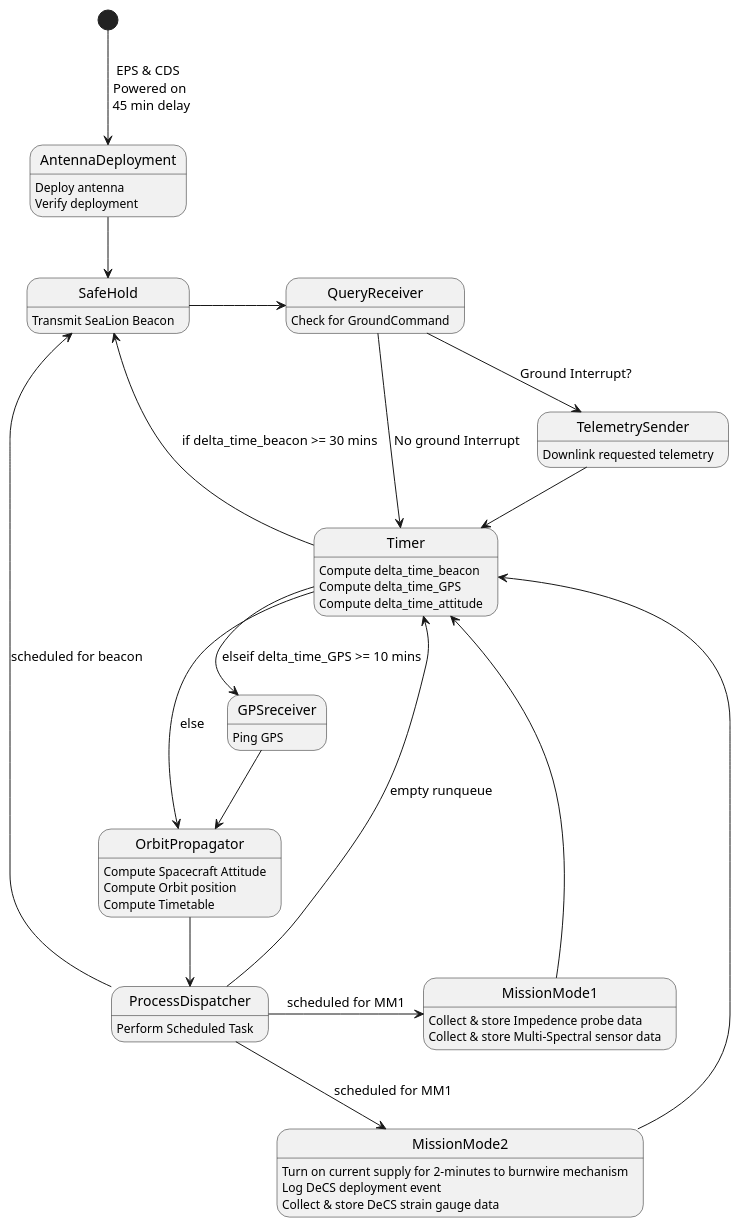
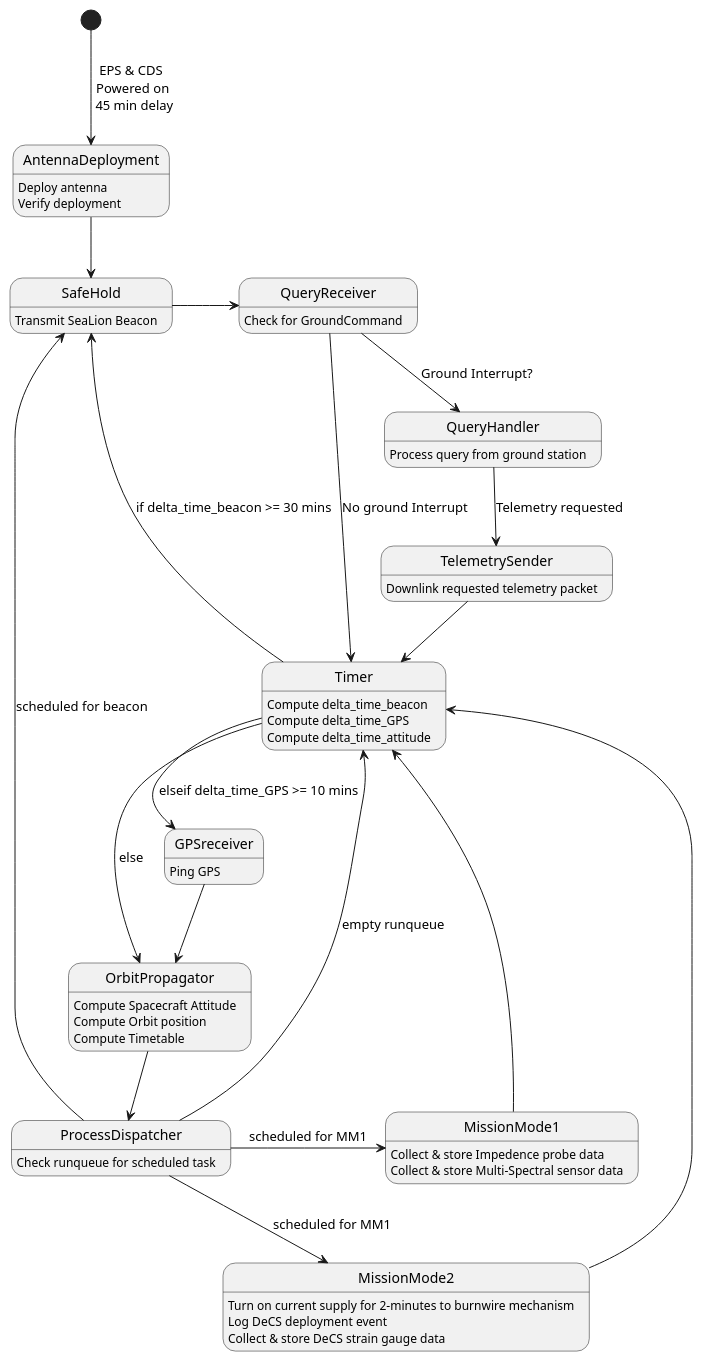
One commit to ODU-CGA-CubeSat/FSW changed the diagram in fsw-architecture/operating-mode-as-fsm.puml. Above: the diagram before and after it, drawn with PlantUML.

Commit message:
add state for QueryHandler

```diff
--- a/fsw-architecture/operating-mode-as-fsm.puml
+++ b/fsw-architecture/operating-mode-as-fsm.puml
@@ -1,49 +1,52 @@
 @startuml
 
 state AntennaDeployment
       AntennaDeployment : Deploy antenna
       AntennaDeployment : Verify deployment
 state SafeHold
       SafeHold : Transmit SeaLion Beacon
 state QueryReceiver
       QueryReceiver : Check for GroundCommand
 state TelemetrySender
-      TelemetrySender : Downlink requested telemetry
+      TelemetrySender : Downlink requested telemetry packet
 state Timer
       Timer : Compute delta_time_beacon
       Timer : Compute delta_time_GPS
       Timer : Compute delta_time_attitude
 state MissionMode1
       MissionMode1 : Collect & store Impedence probe data
       MissionMode1 : Collect & store Multi-Spectral sensor data
 state MissionMode2
       MissionMode2 : Turn on current supply for 2-minutes to burnwire mechanism
       MissionMode2 : Log DeCS deployment event
       MissionMode2 : Collect & store DeCS strain gauge data
 state ProcessDispatcher
-      ProcessDispatcher : Perform Scheduled Task
+      ProcessDispatcher : Check runqueue for scheduled task
 state OrbitPropagator
       OrbitPropagator : Compute Spacecraft Attitude
       OrbitPropagator : Compute Orbit position
       OrbitPropagator : Compute Timetable
 state GPSreceiver
       GPSreceiver : Ping GPS
+state QueryHandler
+      QueryHandler : Process query from ground station
 
 [*] --> AntennaDeployment : EPS & CDS \n Powered on \n 45 min delay
 AntennaDeployment --> SafeHold
 SafeHold -> QueryReceiver
-QueryReceiver --> TelemetrySender : Ground Interrupt?
+QueryReceiver --> QueryHandler : Ground Interrupt?
+QueryHandler --> TelemetrySender : Telemetry requested
 QueryReceiver -> Timer : No ground Interrupt
 TelemetrySender --> Timer
 MissionMode1 --> Timer
 MissionMode2 --> Timer
 GPSreceiver --> OrbitPropagator
 OrbitPropagator --> ProcessDispatcher
 Timer --> SafeHold : if delta_time_beacon >= 30 mins
 Timer --> GPSreceiver : elseif delta_time_GPS >= 10 mins
 Timer --> OrbitPropagator : else
 ProcessDispatcher --> SafeHold : scheduled for beacon
 ProcessDispatcher -> MissionMode1 : scheduled for MM1
 ProcessDispatcher --> MissionMode2 : scheduled for MM1
 ProcessDispatcher --> Timer : empty runqueue
 @enduml
```
